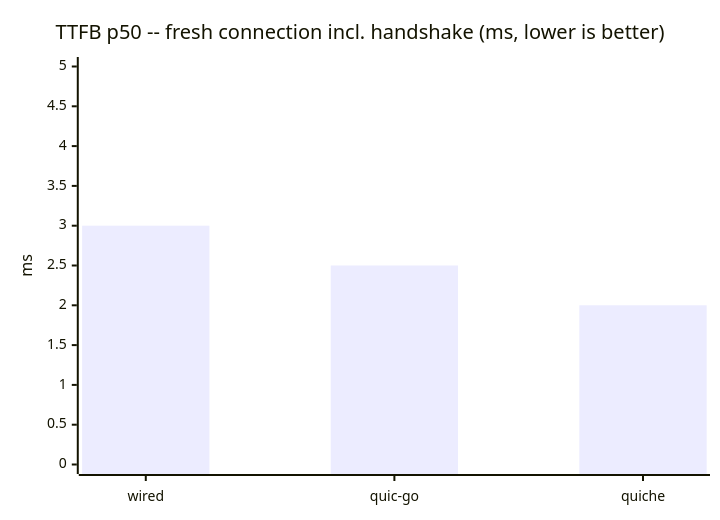
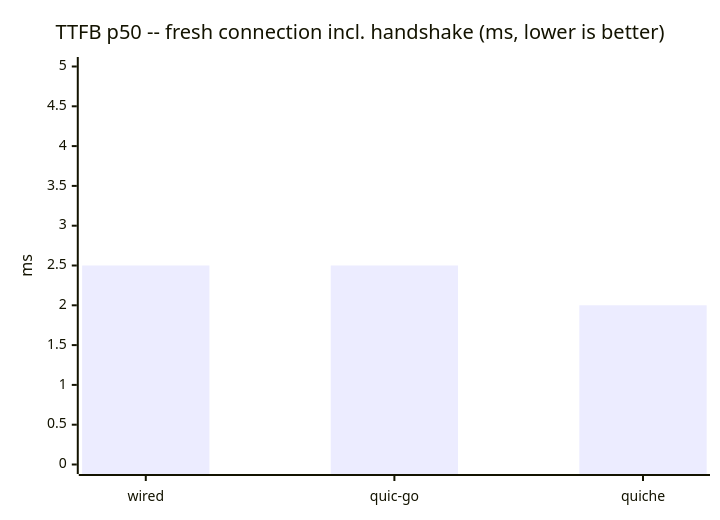
The third of 4 diagrams in docs/comparison.md (Hakkadaikon/wired), drawn with Mermaid before and after one commit. The commit also changed other lines of this file and 1 other file, not shown here.

````diff
--- a/docs/comparison.md
+++ b/docs/comparison.md
@@ -165,7 +171,7 @@
 ```mermaid
 xychart-beta
     title "TTFB p50 -- fresh connection incl. handshake (ms, lower is better)"
     x-axis ["wired", "quic-go", "quiche"]
     y-axis "ms" 0 --> 5
-    bar [3.0, 2.5, 2.0]
+    bar [2.5, 2.5, 2.0]
 ```
````
